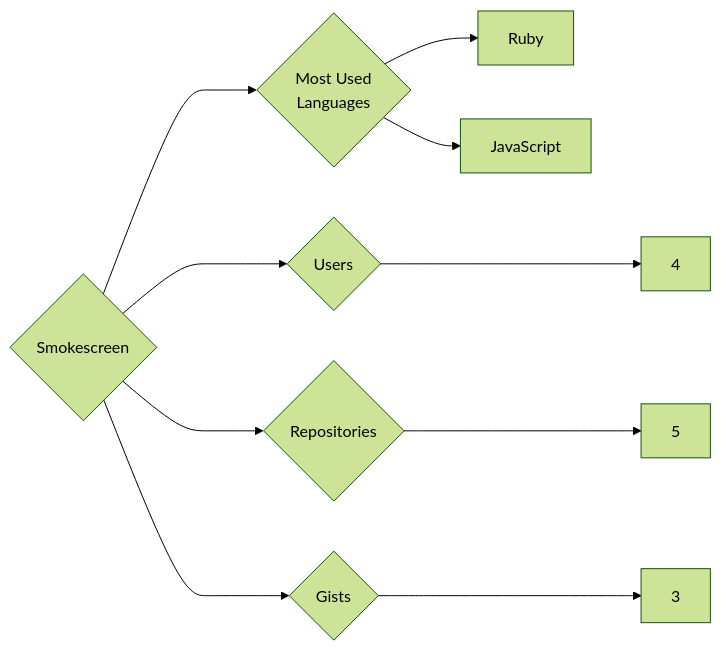
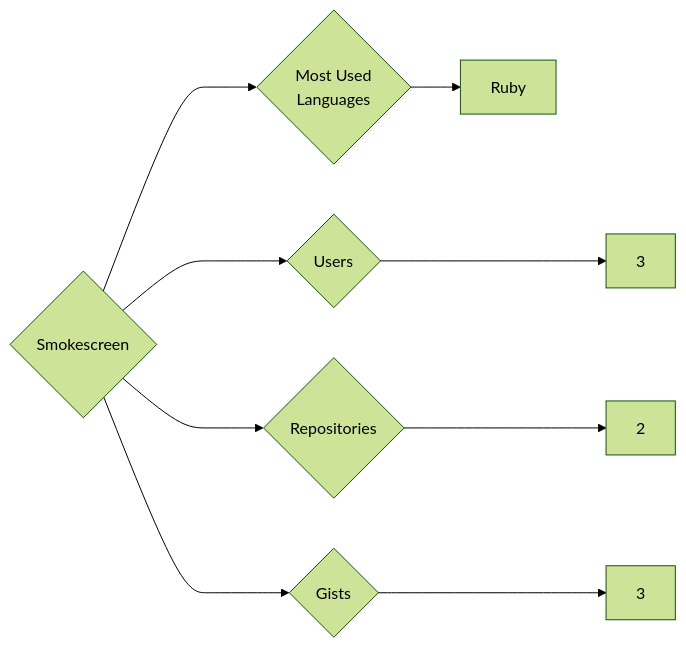
One commit to trickest/insiders changed the diagram in targets/Smokescreen/README.md. Above: the diagram before and after it, drawn with Mermaid (forest theme). The commit also changed 955 other files, not shown here.

````diff
--- a/targets/Smokescreen/README.md
+++ b/targets/Smokescreen/README.md
@@ -3,10 +3,9 @@
 ```mermaid
 graph LR
 COMPANY_NAME{Smokescreen}
-COMPANY_NAME ---> U{Users} ---> UN[4]
-COMPANY_NAME ---> R{Repositories} ---> RN[5]
+COMPANY_NAME ---> U{Users} ---> UN[3]
+COMPANY_NAME ---> R{Repositories} ---> RN[2]
 COMPANY_NAME ---> G{Gists} ---> GN[3]
 COMPANY_NAME ---> ML{Most Used<br>Languages}
 ML --> Ruby[Ruby]
-ML --> JavaScript[JavaScript]
 ```
````
